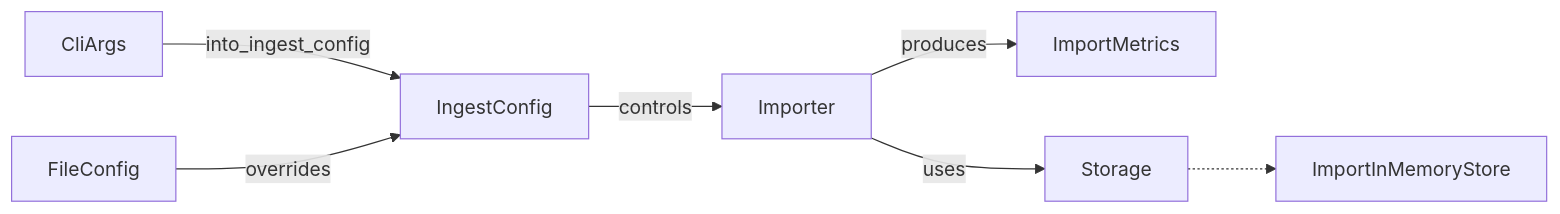
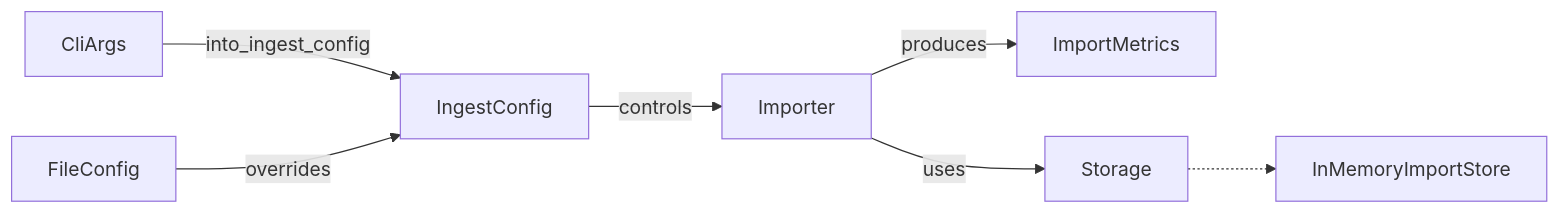
Before and after one commit to aaweaver-actuary/chess-training: the second of 2 diagrams in docs/rust-structs-glossary.md, drawn with Mermaid. The commit also changed other lines of this file and 9 other files, not shown here.

Commit message:
Rename PGN importer in-memory store

````diff
--- a/docs/rust-structs-glossary.md
+++ b/docs/rust-structs-glossary.md
@@ -926,9 +926,9 @@
 ```mermaid
 flowchart LR
     CLI[CliArgs] -->|into_ingest_config| CFG[IngestConfig]
     FileConfig -->|overrides| CFG
     CFG -->|controls| Importer
     Importer -->|produces| Metrics[ImportMetrics]
     Importer -->|uses| StorageTrait[Storage]
-    StorageTrait -.-> ImportInMemoryStore
+    StorageTrait -.-> InMemoryImportStore
 ```
````
